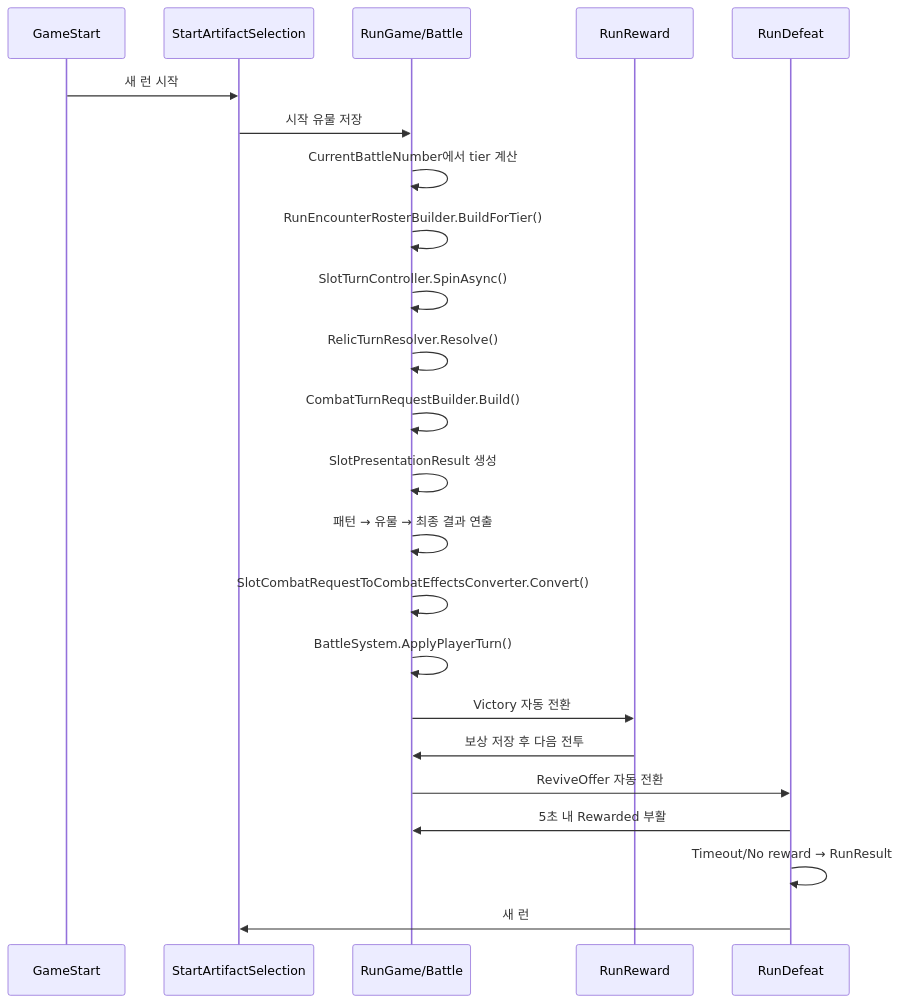
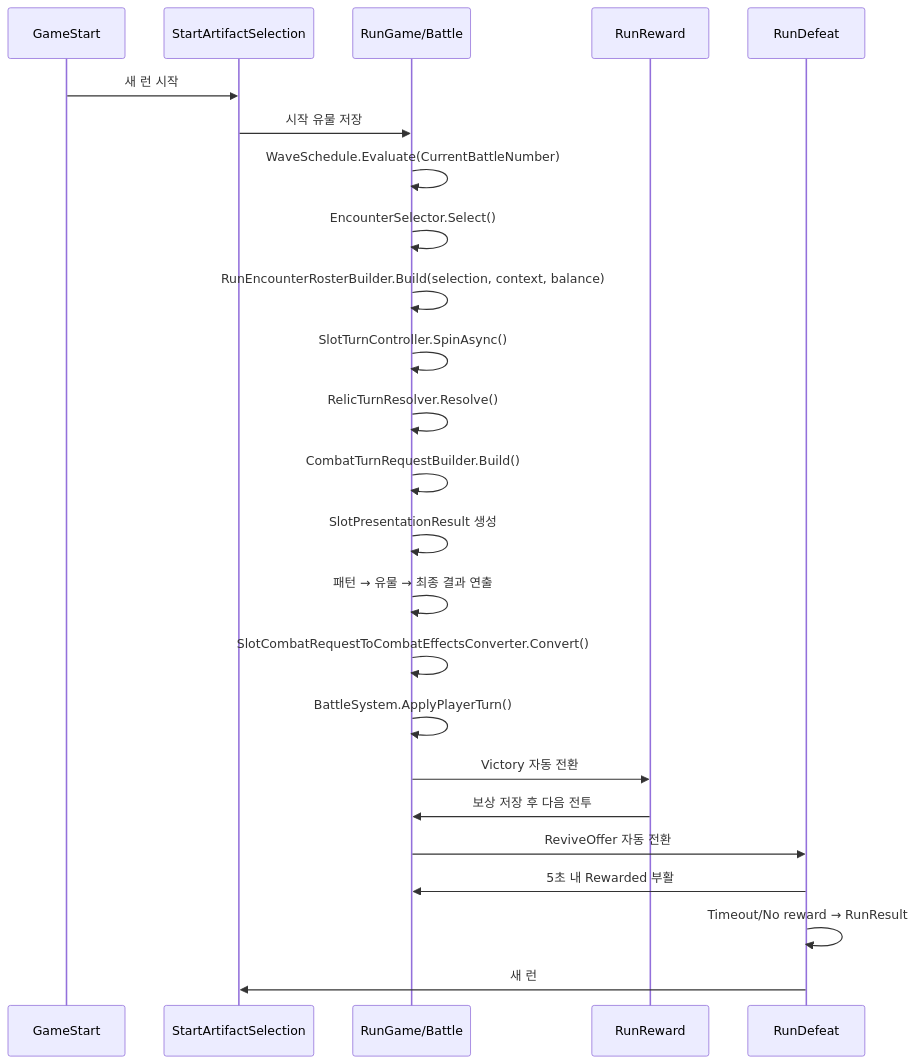
The diagram in docs/design-docs/game-flow.md (YooKyubin/SlotRogue), drawn with Mermaid before and after one commit. The commit also changed other lines of this file and 1 other file, not shown here.

First line of the commit message:
docs: 규칙 기반 Encounter 흐름 문서화

````diff
--- a/docs/design-docs/game-flow.md
+++ b/docs/design-docs/game-flow.md
@@ -40,25 +40,26 @@
 ```mermaid
 sequenceDiagram
     participant Start as GameStart
     participant Artifact as StartArtifactSelection
     participant Battle as RunGame/Battle
     participant Reward as RunReward
     participant Defeat as RunDefeat
     Start->>Artifact: 새 런 시작
     Artifact->>Battle: 시작 유물 저장
-    Battle->>Battle: CurrentBattleNumber에서 tier 계산
-    Battle->>Battle: RunEncounterRosterBuilder.BuildForTier()
+    Battle->>Battle: WaveSchedule.Evaluate(CurrentBattleNumber)
+    Battle->>Battle: EncounterSelector.Select()
+    Battle->>Battle: RunEncounterRosterBuilder.Build(selection, context, balance)
     Battle->>Battle: SlotTurnController.SpinAsync()
     Battle->>Battle: RelicTurnResolver.Resolve()
     Battle->>Battle: CombatTurnRequestBuilder.Build()
     Battle->>Battle: SlotPresentationResult 생성
     Battle->>Battle: 패턴 → 유물 → 최종 결과 연출
     Battle->>Battle: SlotCombatRequestToCombatEffectsConverter.Convert()
     Battle->>Battle: BattleSystem.ApplyPlayerTurn()
     Battle->>Reward: Victory 자동 전환
     Reward->>Battle: 보상 저장 후 다음 전투
     Battle->>Defeat: ReviveOffer 자동 전환
     Defeat->>Battle: 5초 내 Rewarded 부활
     Defeat->>Defeat: Timeout/No reward → RunResult
     Defeat->>Artifact: 새 런
 ```
````
